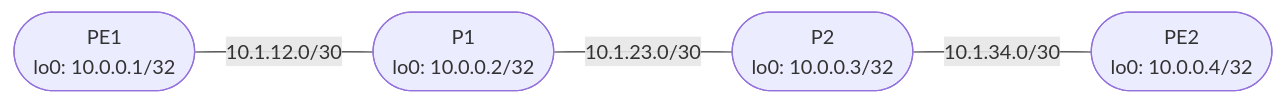
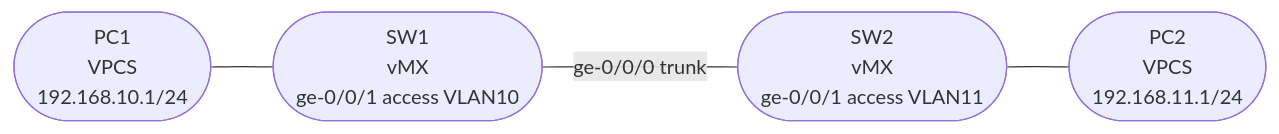
Before and after one commit to DaveGirgis/NetworkSwitchLab-JUNOS: the diagram in docs/session3/topology.md, drawn with Mermaid. The commit also changed other lines of this file and 78 other files, not shown here.

````diff
--- a/docs/session3/topology.md
+++ b/docs/session3/topology.md
@@ -5,6 +5,6 @@
 ```mermaid
 graph LR
-  PE1([PE1<br/>lo0: 10.0.0.1/32]) ---|"10.1.12.0/30"| P1([P1<br/>lo0: 10.0.0.2/32])
-  P1 ---|"10.1.23.0/30"| P2([P2<br/>lo0: 10.0.0.3/32])
-  P2 ---|"10.1.34.0/30"| PE2([PE2<br/>lo0: 10.0.0.4/32])
+  PC1([PC1<br/>VPCS<br/>192.168.10.1/24]) --- SW1
+  SW1([SW1<br/>vMX<br/>ge-0/0/1 access VLAN10]) ---|ge-0/0/0 trunk| SW2([SW2<br/>vMX<br/>ge-0/0/1 access VLAN11])
+  SW2 --- PC2([PC2<br/>VPCS<br/>192.168.11.1/24])
 ```
````
